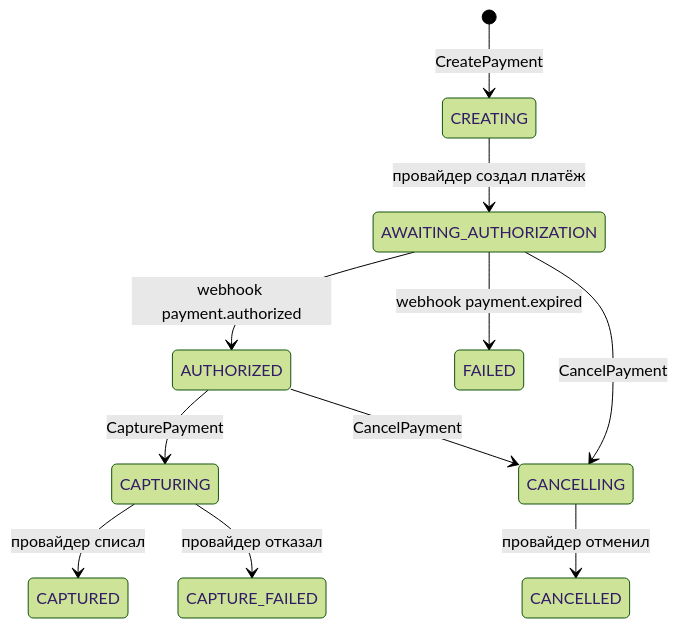
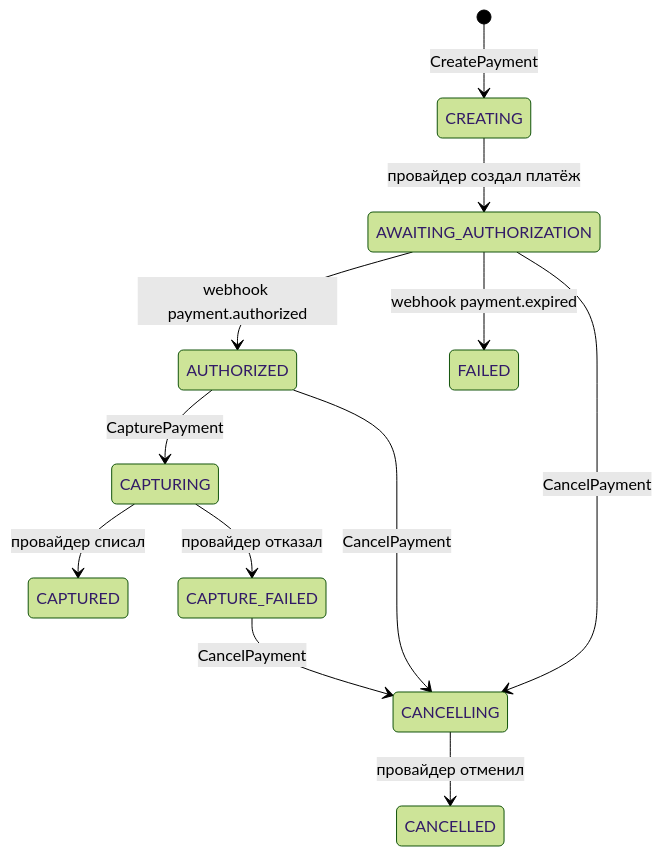
Before and after one commit to Jamshid-1207/marketplace: the second of 2 diagrams in docs/system-design/02-checkout-without-stock.md, drawn with Mermaid (forest theme). The commit also changed other lines of this file and 49 other files, not shown here.

First line of the commit message:
feat(payment): payment service with three-step PSP calls, signed webhook, crash-safe capture (SD-02 step 4)

````diff
--- a/docs/system-design/02-checkout-without-stock.md
+++ b/docs/system-design/02-checkout-without-stock.md
@@ -207,13 +208,14 @@
 ```mermaid
 stateDiagram-v2
   [*] --> CREATING: CreatePayment
   CREATING --> AWAITING_AUTHORIZATION: провайдер создал платёж
   AWAITING_AUTHORIZATION --> AUTHORIZED: webhook payment.authorized
   AWAITING_AUTHORIZATION --> FAILED: webhook payment.expired
   AUTHORIZED --> CAPTURING: CapturePayment
   CAPTURING --> CAPTURED: провайдер списал
   CAPTURING --> CAPTURE_FAILED: провайдер отказал
   AWAITING_AUTHORIZATION --> CANCELLING: CancelPayment
   AUTHORIZED --> CANCELLING: CancelPayment
+  CAPTURE_FAILED --> CANCELLING: CancelPayment
   CANCELLING --> CANCELLED: провайдер отменил
 ```
````
